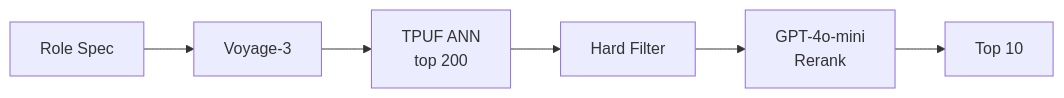
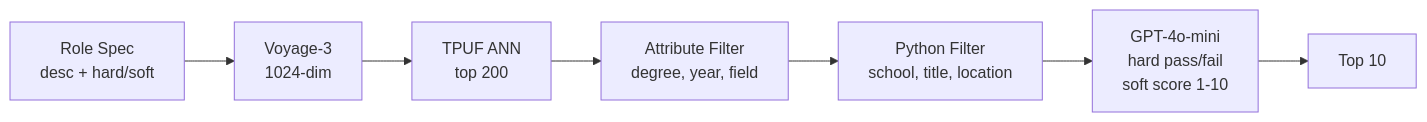
The diagram in README.md (jameswniu/candidate-search-vector-rerank-semantics), drawn with Mermaid before and after one commit. The commit also changed other lines of this file, not shown here.

Commit message:
expand architecture with stage latency breakdown table

````diff
--- a/README.md
+++ b/README.md
@@ -23,4 +23,9 @@
 ```mermaid
 flowchart LR
-    Q["Role Spec"] --> EMB["Voyage-3"] --> TPUF["TPUF ANN<br/>top 200"] --> FIL["Hard Filter"] --> GPT["GPT-4o-mini<br/>Rerank"] --> TOP["Top 10"]
+    Q["Role Spec<br/>desc + hard/soft"] --> EMB["Voyage-3<br/>1024-dim"]
+    EMB --> TPUF["TPUF ANN<br/>top 200"]
+    TPUF --> AF["Attribute Filter<br/>degree, year, field"]
+    AF --> PF["Python Filter<br/>school, title, location"]
+    PF --> LLM["GPT-4o-mini<br/>hard pass/fail<br/>soft score 1-10"]
+    LLM --> TOP["Top 10"]
 ```
````
